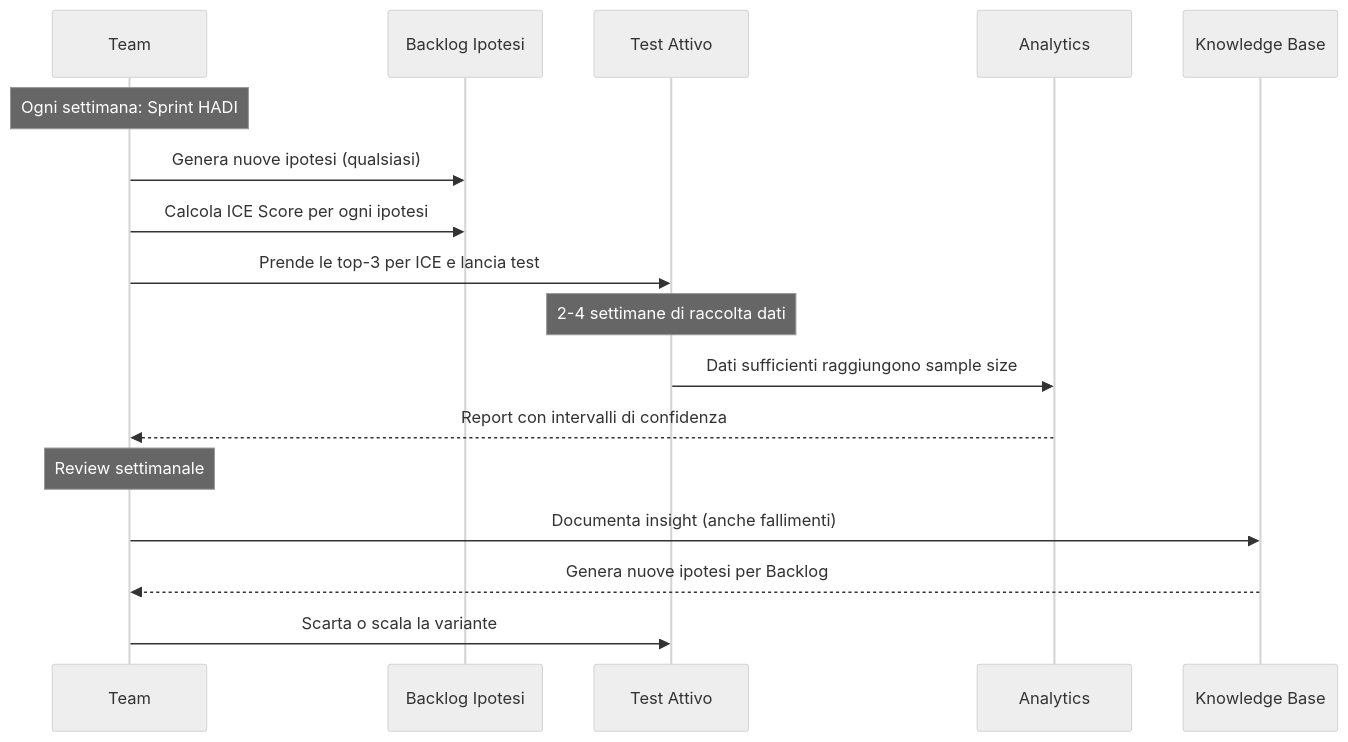
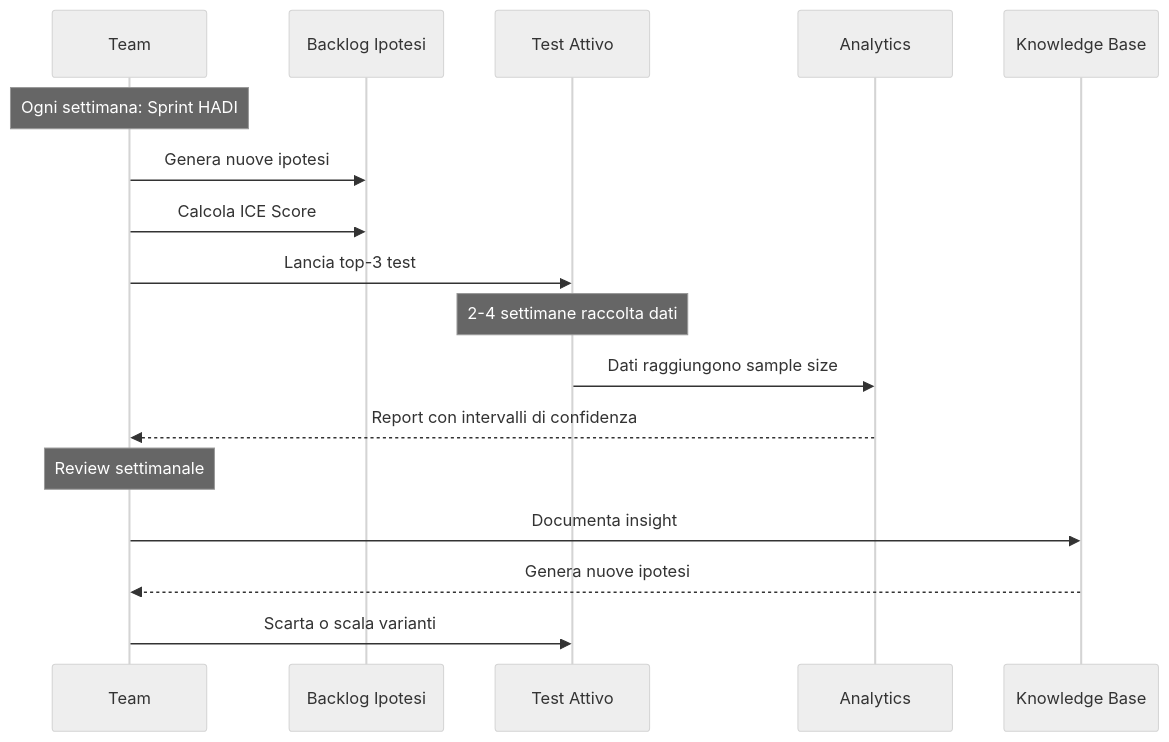
Before and after one commit to AndreyBertasini/gynnitech: the diagram in src/content/blog/hadi-cycles.mdx, drawn with Mermaid (neutral theme). The commit also changed other lines of this file and 1491 other files, not shown here.

````diff
--- a/src/content/blog/hadi-cycles.mdx
+++ b/src/content/blog/hadi-cycles.mdx
@@ -142,22 +123,22 @@
 ```mermaid
 sequenceDiagram
     participant Team as Team
     participant Backlog as Backlog Ipotesi
     participant Test as Test Attivo
     participant Analytics as Analytics
     participant Docs as Knowledge Base
 
     Note over Team: Ogni settimana: Sprint HADI
-    Team->>Backlog: Genera nuove ipotesi (qualsiasi)
-    Team->>Backlog: Calcola ICE Score per ogni ipotesi
-    Team->>Test: Prende le top-3 per ICE e lancia test
+    Team->>Backlog: Genera nuove ipotesi
+    Team->>Backlog: Calcola ICE Score
+    Team->>Test: Lancia top-3 test
 
-    Note over Test: 2-4 settimane di raccolta dati
-    Test->>Analytics: Dati sufficienti raggiungono sample size
+    Note over Test: 2-4 settimane raccolta dati
+    Test->>Analytics: Dati raggiungono sample size
     Analytics-->>Team: Report con intervalli di confidenza
 
     Note over Team: Review settimanale
-    Team->>Docs: Documenta insight (anche fallimenti)
-    Docs-->>Team: Genera nuove ipotesi per Backlog
-    Team->>Test: Scarta o scala la variante
+    Team->>Docs: Documenta insight
+    Docs-->>Team: Genera nuove ipotesi
+    Team->>Test: Scarta o scala varianti
 ```
````
